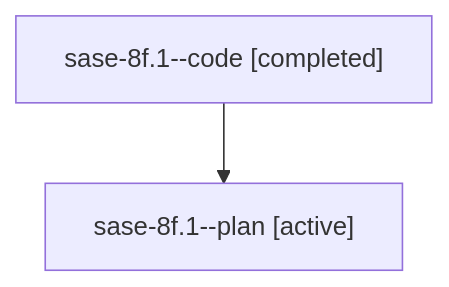
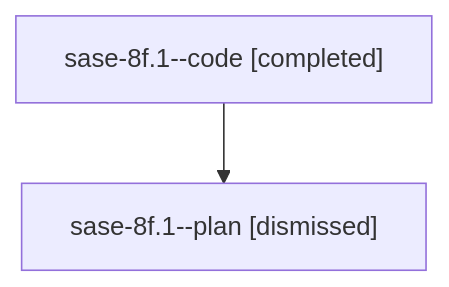
Before and after one commit to sase-org/sase--agents: the diagram in sessions/bbugyi200.athena.sase-8f.1.md, drawn with Mermaid. The commit also changed other lines of this file and 100 other files, not shown here.

````diff
--- a/sessions/bbugyi200.athena.sase-8f.1.md
+++ b/sessions/bbugyi200.athena.sase-8f.1.md
@@ -9,6 +9,6 @@
 ```mermaid
 flowchart TD
   n0["sase-8f.1--code [completed]"]
-  n1["sase-8f.1--plan [active]"]
+  n1["sase-8f.1--plan [dismissed]"]
   n0 --> n1
 ```
````
